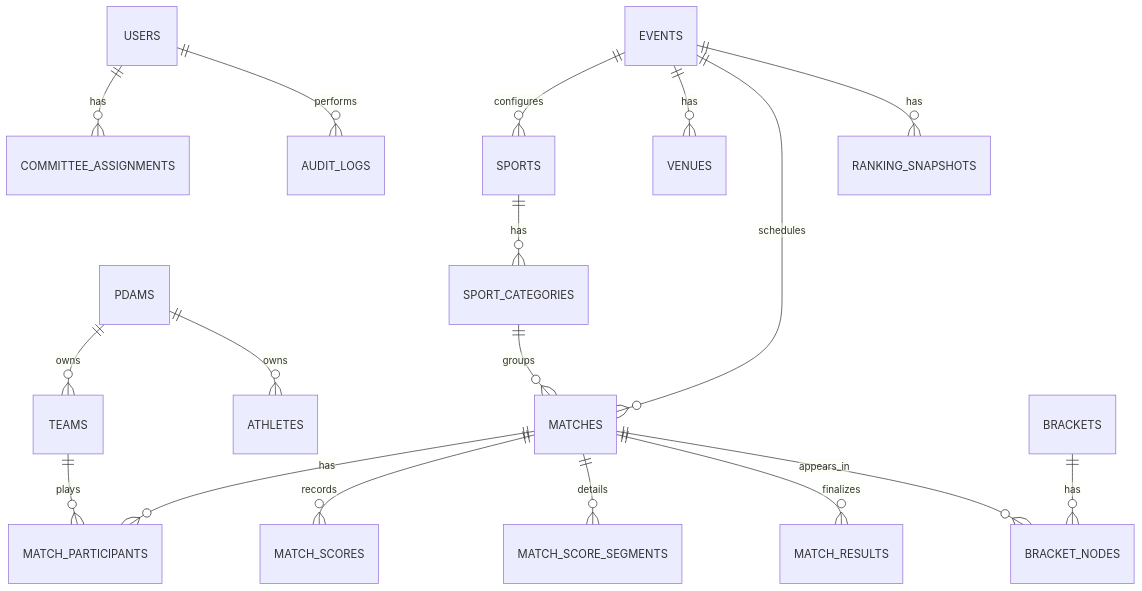
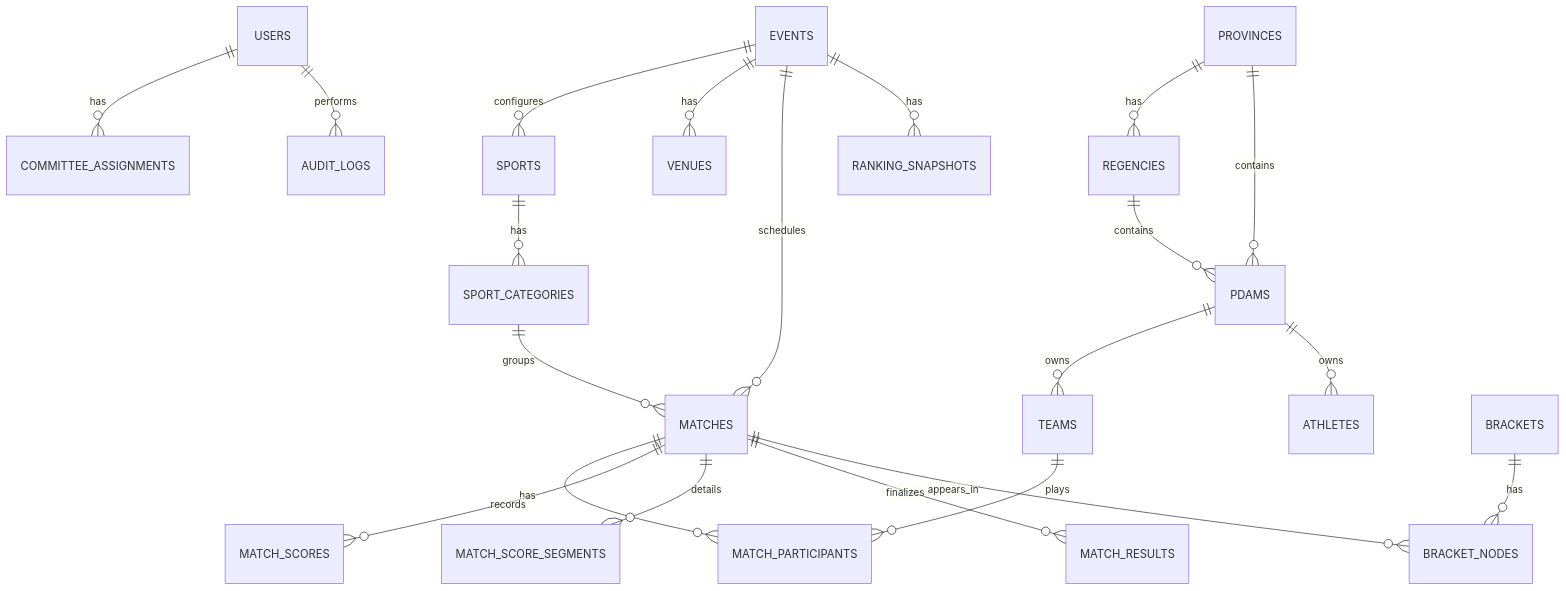
Before and after one commit to henry1224/sport-perpamsi: the diagram in docs/02-data/erd-v1-baseline.md, drawn with Mermaid. The commit also changed 10 other files, not shown here.

````diff
--- a/docs/02-data/erd-v1-baseline.md
+++ b/docs/02-data/erd-v1-baseline.md
@@ -5,20 +5,23 @@
 ```mermaid
 erDiagram
     USERS ||--o{ COMMITTEE_ASSIGNMENTS : has
+    PROVINCES ||--o{ REGENCIES : has
+    PROVINCES ||--o{ PDAMS : contains
+    REGENCIES ||--o{ PDAMS : contains
     EVENTS ||--o{ SPORTS : configures
     EVENTS ||--o{ VENUES : has
     EVENTS ||--o{ MATCHES : schedules
     PDAMS ||--o{ TEAMS : owns
     PDAMS ||--o{ ATHLETES : owns
     SPORTS ||--o{ SPORT_CATEGORIES : has
     SPORT_CATEGORIES ||--o{ MATCHES : groups
     TEAMS ||--o{ MATCH_PARTICIPANTS : plays
     MATCHES ||--o{ MATCH_PARTICIPANTS : has
     MATCHES ||--o{ MATCH_SCORES : records
     MATCHES ||--o{ MATCH_SCORE_SEGMENTS : details
     MATCHES ||--o{ MATCH_RESULTS : finalizes
     MATCHES ||--o{ BRACKET_NODES : appears_in
     BRACKETS ||--o{ BRACKET_NODES : has
     EVENTS ||--o{ RANKING_SNAPSHOTS : has
     USERS ||--o{ AUDIT_LOGS : performs
 ```
````
